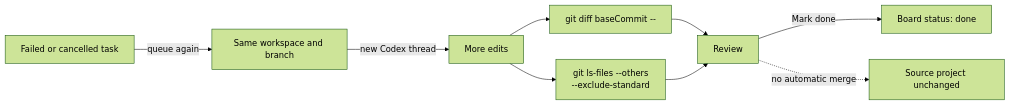
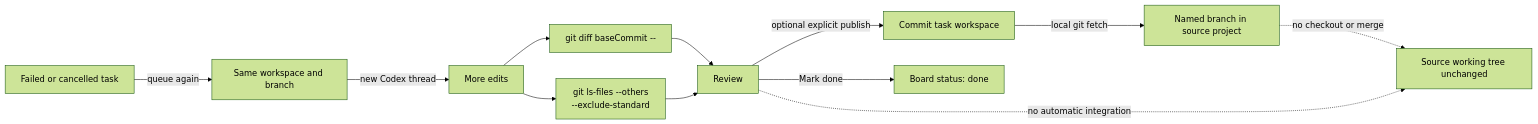
Before and after one commit to chanXVI/Cadence: the fourth of 4 diagrams in contentGuide/src/git-flow.md, drawn with Mermaid (forest theme). The commit also changed other lines of this file and 7 other files, not shown here.

First line of the commit message:
feat: add contextual workspaces and local branch publishing

````diff
--- a/contentGuide/src/git-flow.md
+++ b/contentGuide/src/git-flow.md
@@ -66,11 +68,14 @@
 ```mermaid
 flowchart LR
     F[Failed or cancelled task] -->|queue again| S[Same workspace and branch]
     S -->|new Codex thread| E[More edits]
     E --> D[git diff baseCommit --]
     E --> U[git ls-files --others<br/>--exclude-standard]
     D --> R[Review]
     U --> R
+    R -->|optional explicit publish| C[Commit task workspace]
+    C -->|local git fetch| L[Named branch in source project]
+    L -. no checkout or merge .-> P[Source working tree unchanged]
     R -->|Mark done| X[Board status: done]
-    R -. no automatic merge .-> P[Source project unchanged]
+    R -. no automatic integration .-> P
 ```
````
